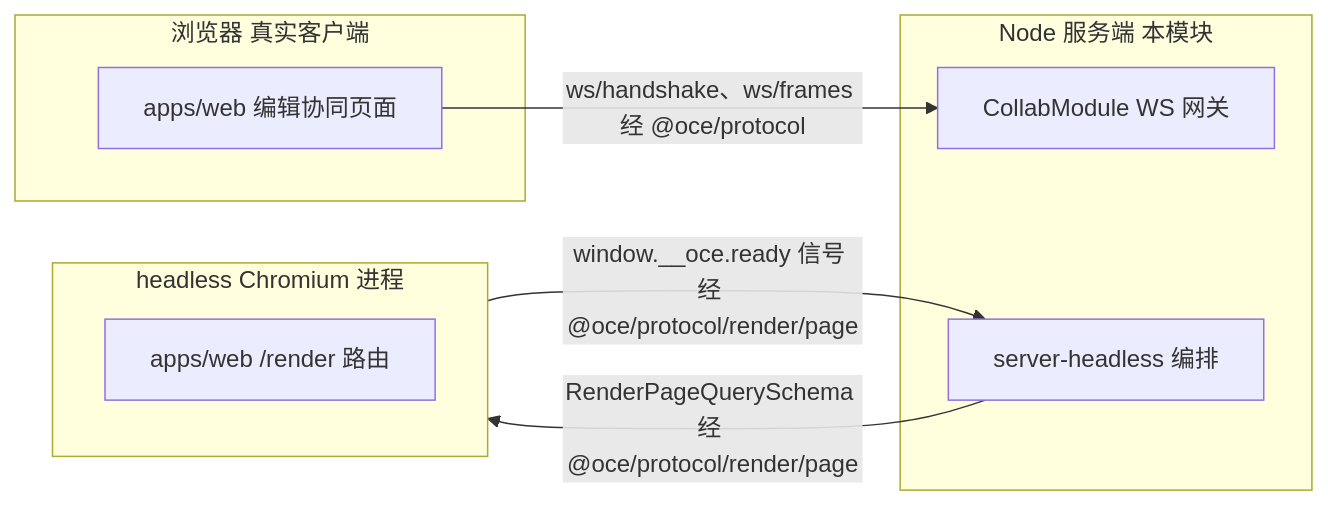
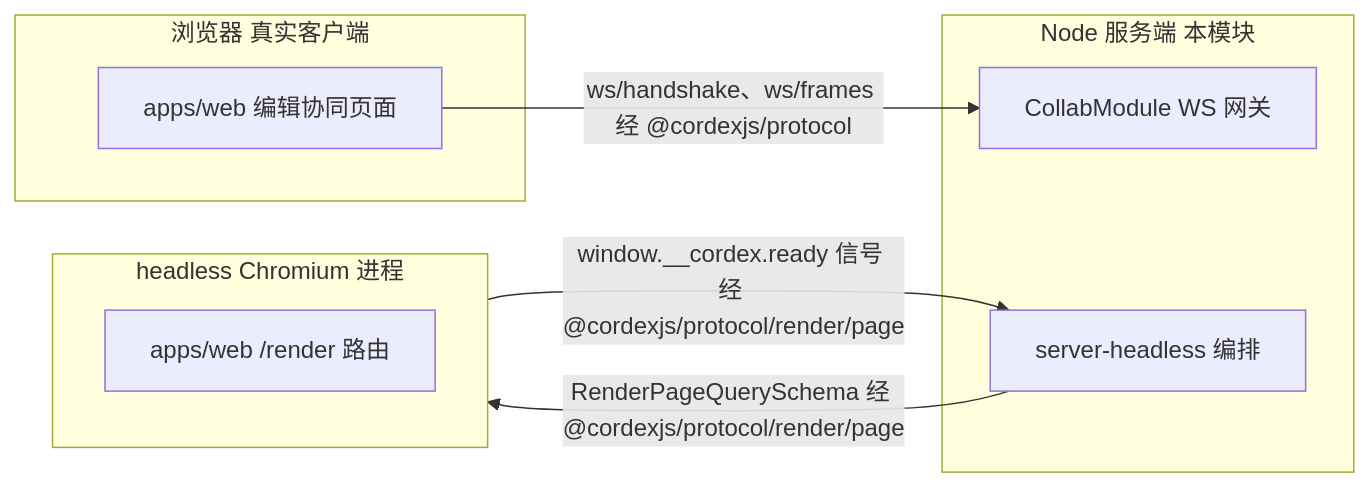
Before and after one commit to Xeonice/cordis-ppt-editor: the fifth of 5 diagrams in docs/40-modules/09-server-collab-gateway-and-headless-host.md, drawn with Mermaid. The commit also changed other lines of this file and 23 other files, not shown here.

````diff
--- a/docs/40-modules/09-server-collab-gateway-and-headless-host.md
+++ b/docs/40-modules/09-server-collab-gateway-and-headless-host.md
@@ -790,16 +807,16 @@
 ```mermaid
 flowchart LR
 subgraph browser["浏览器 真实客户端"]
   clientApp["apps/web 编辑协同页面"]
 end
 subgraph node["Node 服务端 本模块"]
   gateway["CollabModule WS 网关"]
   headlessHost["server-headless 编排"]
 end
 subgraph chromium["headless Chromium 进程"]
   renderRoute["apps/web /render 路由"]
 end
-clientApp -- "ws/handshake、ws/frames 经 @oce/protocol" --> gateway
-headlessHost -- "RenderPageQuerySchema 经 @oce/protocol/render/page" --> chromium
-chromium -- "window.__oce.ready 信号 经 @oce/protocol/render/page" --> headlessHost
+clientApp -- "ws/handshake、ws/frames 经 @cordexjs/protocol" --> gateway
+headlessHost -- "RenderPageQuerySchema 经 @cordexjs/protocol/render/page" --> chromium
+chromium -- "window.__cordex.ready 信号 经 @cordexjs/protocol/render/page" --> headlessHost
 ```
````
